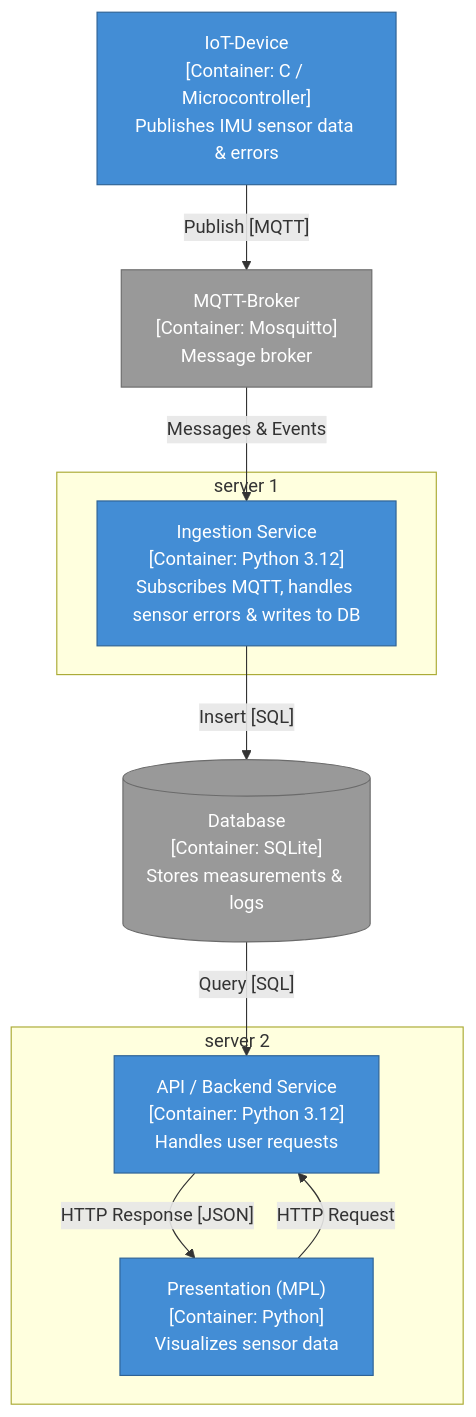
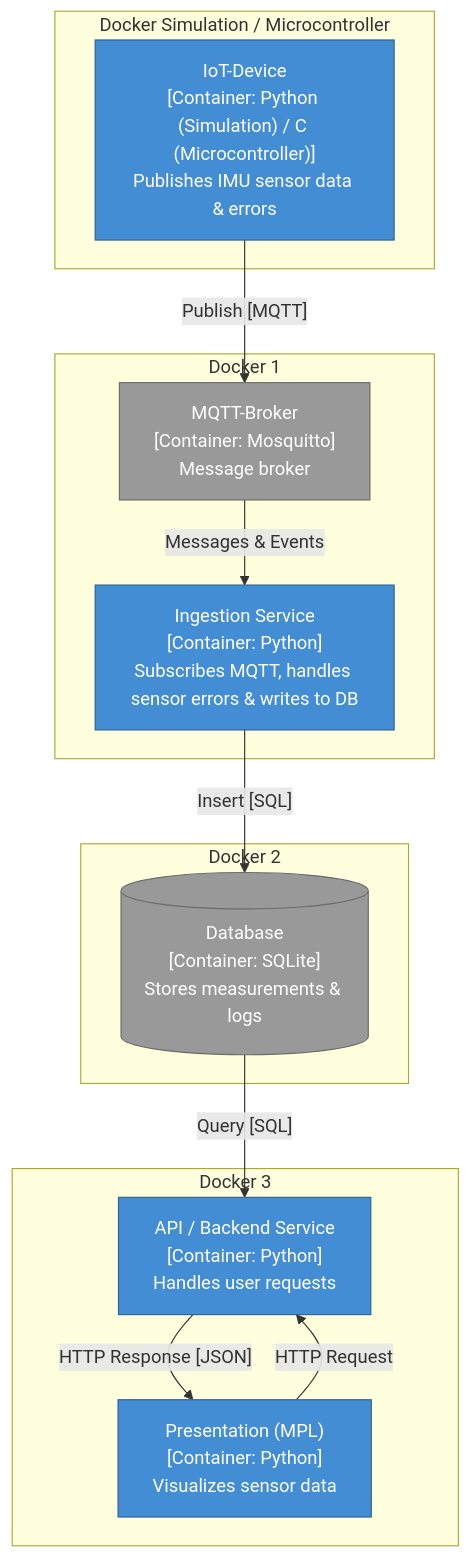
The second of 5 diagrams in docs/architecture.md (schusim/SW_engineeringProject), drawn with Mermaid before and after one commit. The commit also changed other lines of this file, not shown here.

Commit message:
docs[architecture]: docker container adjusted in the diagramm

````diff
--- a/docs/architecture.md
+++ b/docs/architecture.md
@@ -26,28 +26,32 @@
 ```mermaid
 flowchart TB
-    iot["IoT-Device<br/>[Container: C / Microcontroller]<br/>Publishes IMU sensor data & errors"]
-    mqtt["MQTT-Broker<br/>[Container: Mosquitto]<br/>Message broker"]
+    subgraph Microcontroller ["Docker Simulation / Microcontroller"]
+        iot["IoT-Device<br/>[Container: Python (Simulation) / C (Microcontroller)]<br/>Publishes IMU sensor data & errors"]
+    end
     
-    subgraph server1 ["server 1"]
-        collector["Ingestion Service<br/>[Container: Python 3.12]<br/>Subscribes MQTT, handles sensor errors & writes to DB"]
+    subgraph docker1 ["Docker 1"]
+        mqtt["MQTT-Broker<br/>[Container: Mosquitto]<br/>Message broker"]
+        collector["Ingestion Service<br/>[Container: Python]<br/>Subscribes MQTT, handles sensor errors & writes to DB"]
     end
 
-    db[("Database<br/>[Container: SQLite]<br/>Stores measurements & logs")]
+    subgraph docker2 ["Docker 2"]
+        db[("Database<br/>[Container: SQLite]<br/>Stores measurements & logs")]
+    end
 
-    subgraph server2 ["server 2"]
-        api["API / Backend Service<br/>[Container: Python 3.12]<br/>Handles user requests"]
+    subgraph docker3 ["Docker 3"]
+        api["API / Backend Service<br/>[Container: Python]<br/>Handles user requests"]
         present["Presentation (MPL)<br/>[Container: Python]<br/>Visualizes sensor data"]
     end
 
     iot -->|"Publish [MQTT]"| mqtt
     mqtt -->|"Messages & Events"| collector
     collector -->|"Insert [SQL]"| db
     db -->|"Query [SQL]"| api
     present -->|"HTTP Request"| api
     api -->|"HTTP Response [JSON]"| present
 
     classDef container fill:#438dd5,stroke:#2e6295,color:#ffffff
     classDef external fill:#999999,stroke:#6b6b6b,color:#ffffff
     class iot,collector,api,present container
     class mqtt,db external
 ```
````
